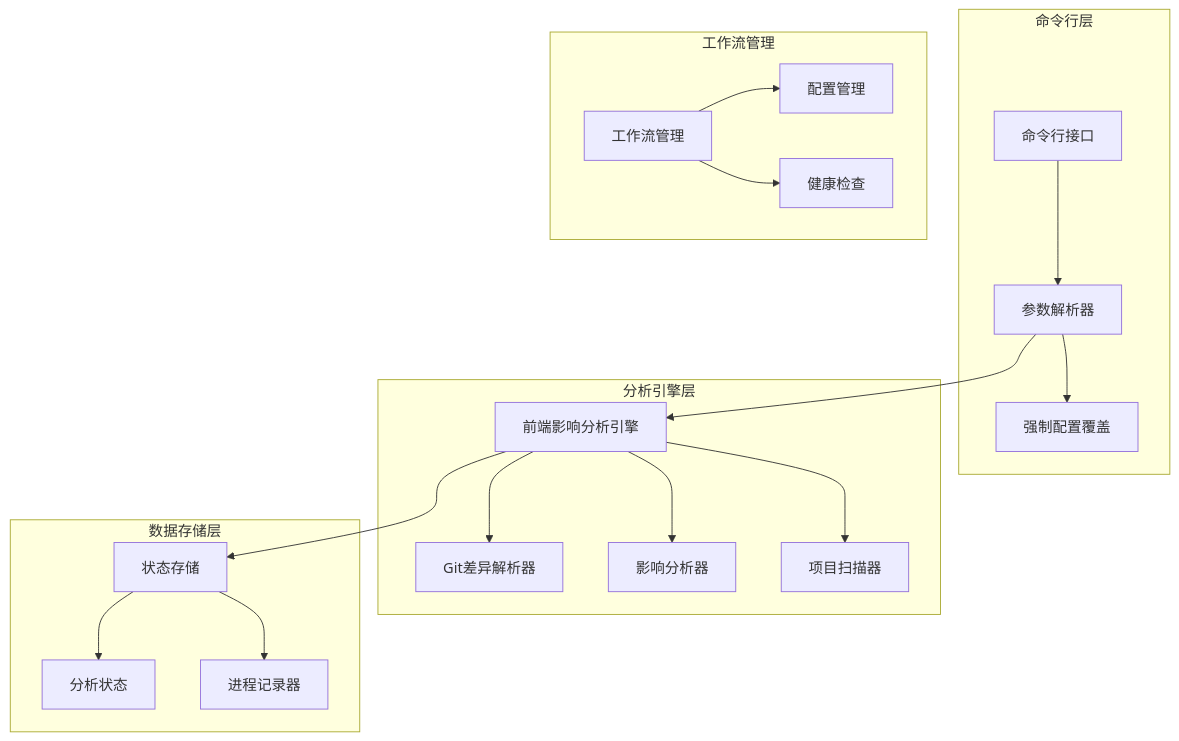
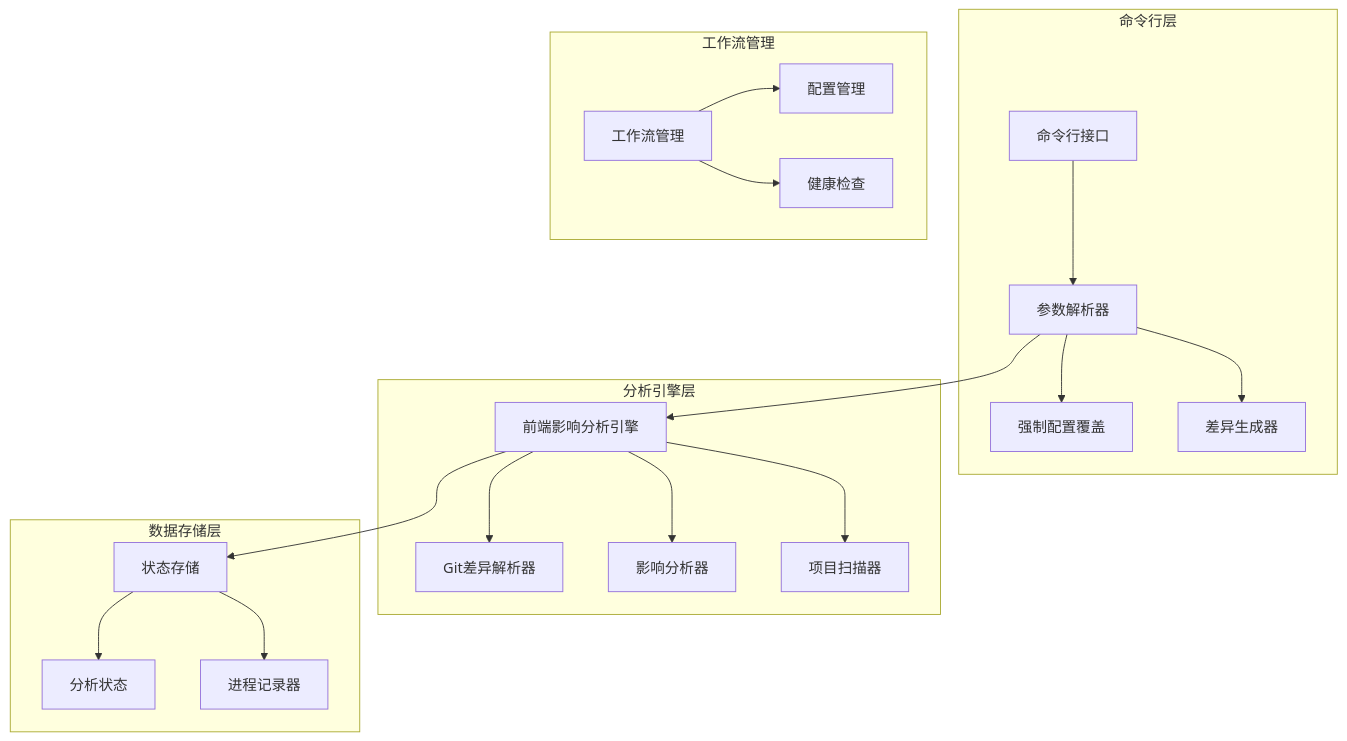
One commit to brand-new-remo/frontend-impact-analyzer changed the first of 6 diagrams in .qoder/repowiki/zh/content/API参考/命令行接口.md. Above: the diagram before and after it, drawn with Mermaid. The commit also changed other lines of this file and 4 other files, not shown here.

````diff
--- a/.qoder/repowiki/zh/content/API参考/命令行接口.md
+++ b/.qoder/repowiki/zh/content/API参考/命令行接口.md
@@ -42,35 +43,37 @@
 ```mermaid
 graph TB
 subgraph "命令行层"
 CLI[命令行接口]
 Parser[参数解析器]
 ForceConfig[强制配置覆盖]
+MakeDiff[差异生成器]
 end
 subgraph "分析引擎层"
 Engine[前端影响分析引擎]
 DiffParser[Git差异解析器]
 ImpactAnalyzer[影响分析器]
 ProjectScanner[项目扫描器]
 end
 subgraph "数据存储层"
 StateStore[状态存储]
 AnalysisState[分析状态]
 ProcessRecorder[进程记录器]
 end
 subgraph "工作流管理"
 Workflow[工作流管理]
 Config[配置管理]
 Doctor[健康检查]
 end
 CLI --> Parser
 Parser --> ForceConfig
+Parser --> MakeDiff
 Parser --> Engine
 Engine --> DiffParser
 Engine --> ImpactAnalyzer
 Engine --> ProjectScanner
 Engine --> StateStore
 StateStore --> AnalysisState
 StateStore --> ProcessRecorder
 Workflow --> Config
 Workflow --> Doctor
 ```
````
